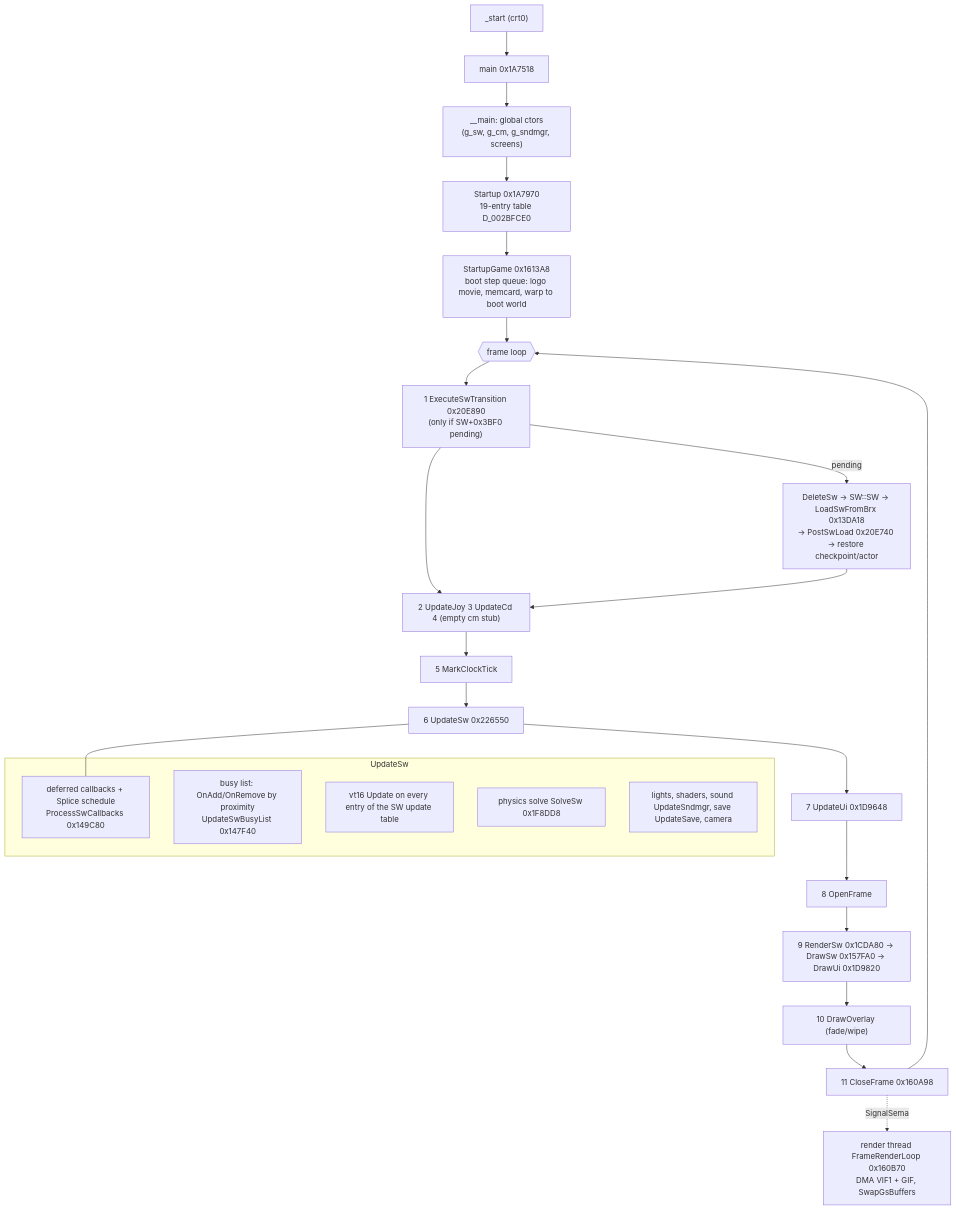
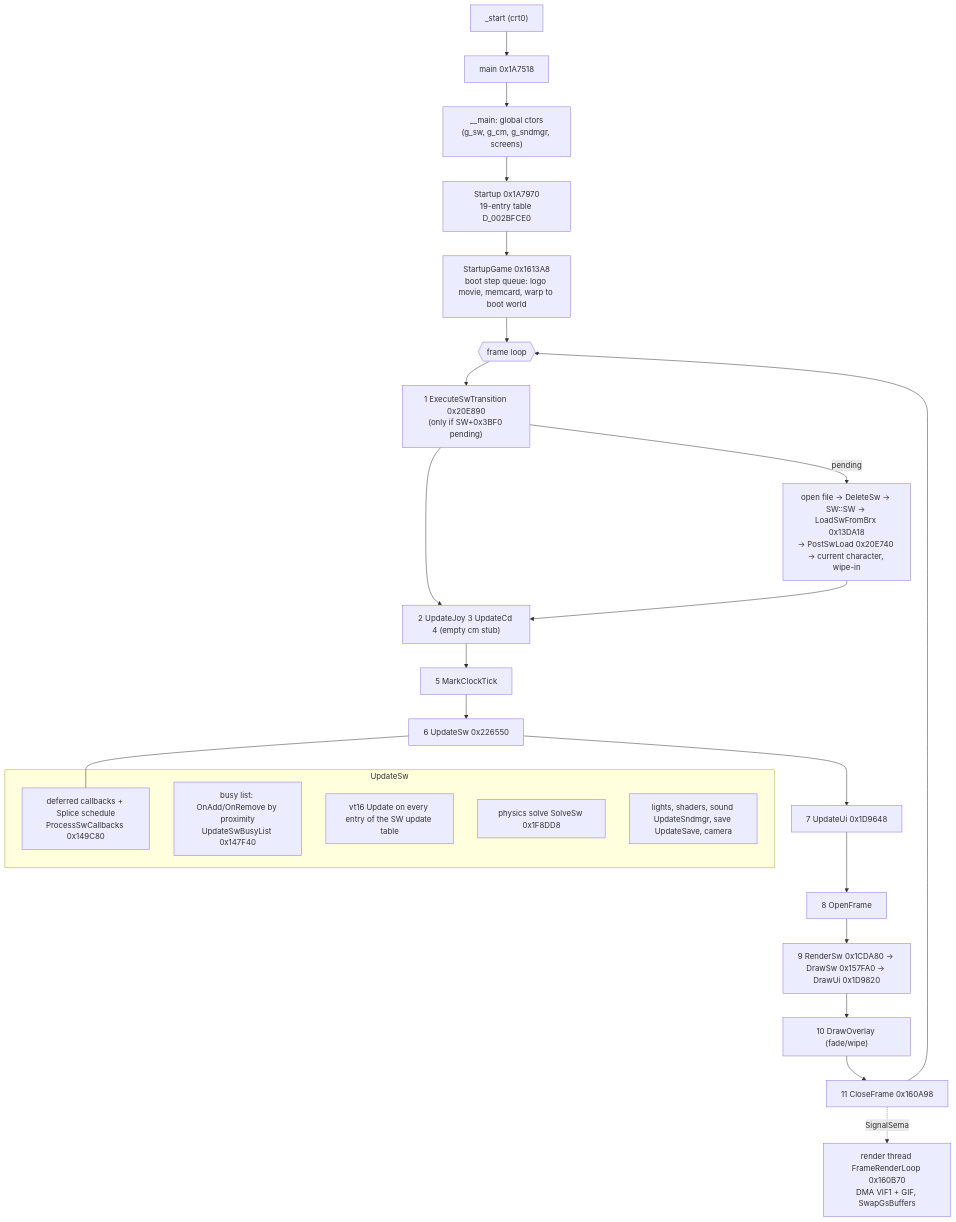
One commit to brc7/sly2-decomp changed the diagram in docs/engine/overview.md. Above: the diagram before and after it, drawn with Mermaid. The commit also changed other lines of this file and 55 other files, not shown here.

````diff
--- a/docs/engine/overview.md
+++ b/docs/engine/overview.md
@@ -77,29 +79,29 @@
 ```mermaid
 flowchart TD
     start["_start (crt0)"] --> main["main 0x1A7518"]
     main --> ctors["__main: global ctors<br/>(g_sw, g_cm, g_sndmgr, screens)"]
     ctors --> startup["Startup 0x1A7970<br/>19-entry table D_002BFCE0"]
     startup --> sgame["StartupGame 0x1613A8<br/>boot step queue: logo movie, memcard, warp to boot world"]
     sgame --> loop{{"frame loop"}}
     loop --> trans["1 ExecuteSwTransition 0x20E890<br/>(only if SW+0x3BF0 pending)"]
-    trans -->|pending| load["DeleteSw -> SW::SW -> LoadSwFromBrx 0x13DA18<br/>-> PostSwLoad 0x20E740 -> restore checkpoint/actor"]
+    trans -->|pending| load["open file -> DeleteSw -> SW::SW -> LoadSwFromBrx 0x13DA18<br/>-> PostSwLoad 0x20E740 -> current character, wipe-in"]
     trans --> input["2 UpdateJoy 3 UpdateCd 4 (empty cm stub)"]
     load --> input
     input --> clock["5 MarkClockTick"]
     clock --> usw["6 UpdateSw 0x226550"]
     usw --> ui["7 UpdateUi 0x1D9648"]
     ui --> open["8 OpenFrame"]
     open --> rsw["9 RenderSw 0x1CDA80 -> DrawSw 0x157FA0 -> DrawUi 0x1D9820"]
     rsw --> ovl["10 DrawOverlay (fade/wipe)"]
     ovl --> close["11 CloseFrame 0x160A98"]
     close --> loop
     close -. "SignalSema" .-> rt["render thread FrameRenderLoop 0x160B70<br/>DMA VIF1 + GIF, SwapGsBuffers"]
     subgraph UpdateSw
       u1["deferred callbacks + Splice schedule<br/>ProcessSwCallbacks 0x149C80"]
       u2["busy list: OnAdd/OnRemove by proximity<br/>UpdateSwBusyList 0x147F40"]
       u3["vt16 Update on every entry of the SW update table"]
       u4["physics solve SolveSw 0x1F8DD8"]
       u5["lights, shaders, sound UpdateSndmgr, save UpdateSave, camera"]
     end
     usw --- u1
 ```
````
